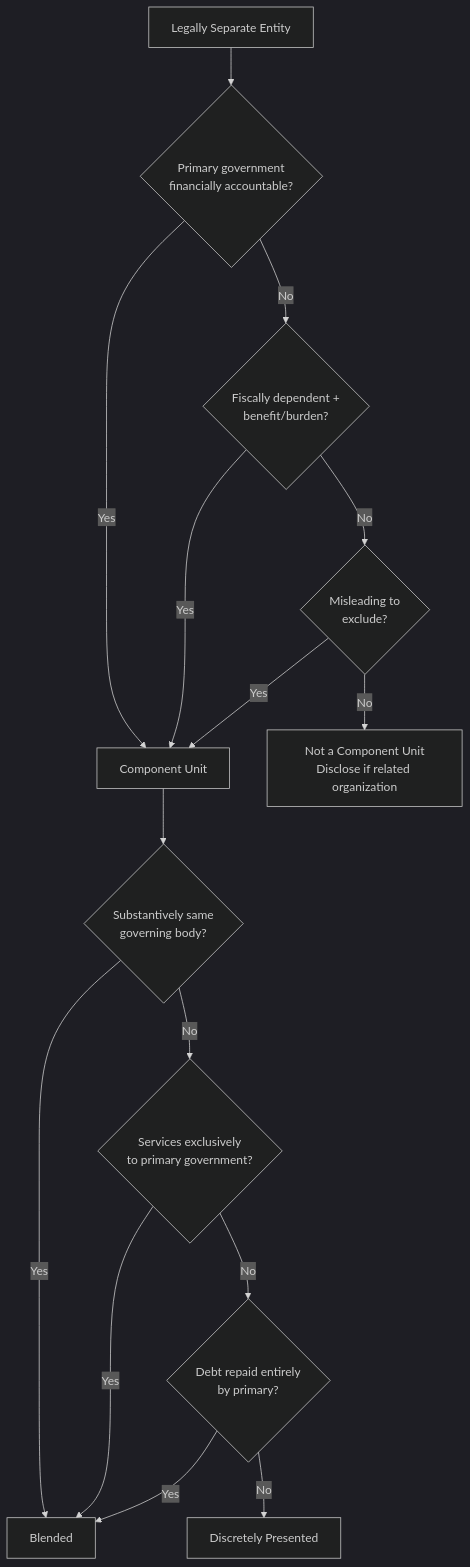
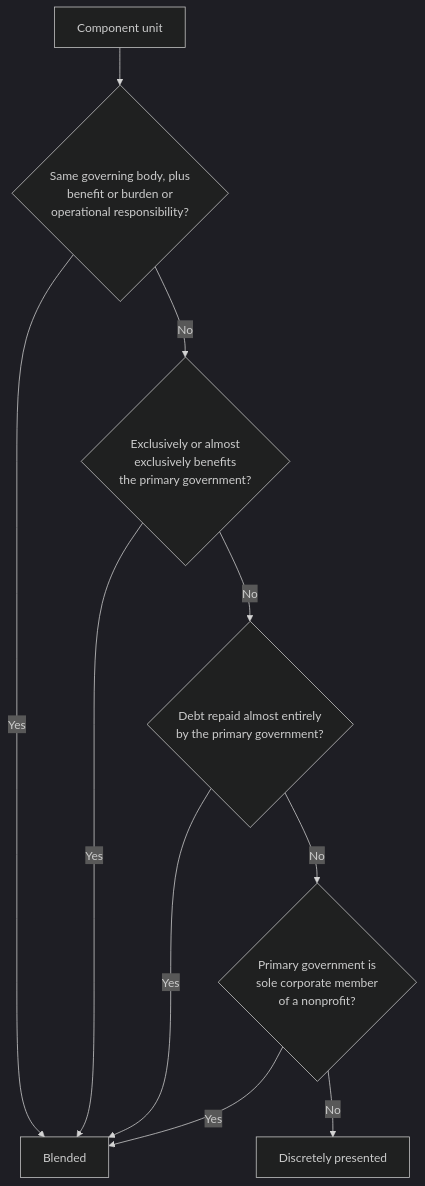
The second of 2 diagrams in docs/bar/governmental-financial-statements/financial-reporting-entity.md (subwaymatch/cpabear-book), drawn with Mermaid (dark theme) before and after one commit. The commit also changed other lines of this file and 204 other files, not shown here.

First line of the commit message:
Update the book for the 2027 CPA Exam Blueprints, fix dark-mode diagrams, add diagram zoom (#49)

````diff
--- a/docs/bar/governmental-financial-statements/financial-reporting-entity.md
+++ b/docs/bar/governmental-financial-statements/financial-reporting-entity.md
@@ -170,17 +64,12 @@
 ```mermaid
 flowchart TD
-    START[Legally Separate Entity] --> Q1{Primary government<br/>financially accountable?}
-    Q1 -->|Yes| CU[Component Unit]
-    Q1 -->|No| Q2{Fiscally dependent +<br/>benefit/burden?}
-    Q2 -->|Yes| CU
-    Q2 -->|No| Q3{Misleading to<br/>exclude?}
-    Q3 -->|Yes| CU
-    Q3 -->|No| NOTCU[Not a Component Unit<br/>Disclose if related organization]
-    CU --> Q4{Substantively same<br/>governing body?}
-    Q4 -->|Yes| BLEND[Blended]
-    Q4 -->|No| Q5{Services exclusively<br/>to primary government?}
-    Q5 -->|Yes| BLEND
-    Q5 -->|No| Q6{Debt repaid entirely<br/>by primary?}
-    Q6 -->|Yes| BLEND
-    Q6 -->|No| DISCRETE[Discretely Presented]
+    CU["Component unit"] --> Q1{"Same governing body, plus<br/>benefit or burden or<br/>operational responsibility?"}
+    Q1 -->|Yes| BL["Blended"]
+    Q1 -->|No| Q2{"Exclusively or almost<br/>exclusively benefits<br/>the primary government?"}
+    Q2 -->|Yes| BL
+    Q2 -->|No| Q3{"Debt repaid almost entirely<br/>by the primary government?"}
+    Q3 -->|Yes| BL
+    Q3 -->|No| Q4{"Primary government is<br/>sole corporate member<br/>of a nonprofit?"}
+    Q4 -->|Yes| BL
+    Q4 -->|No| DP["Discretely presented"]
 ```
````
